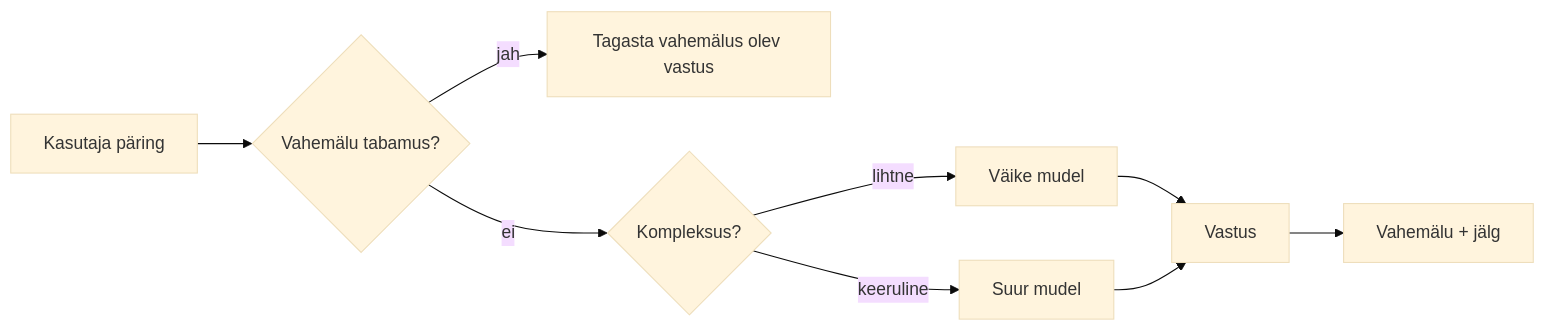
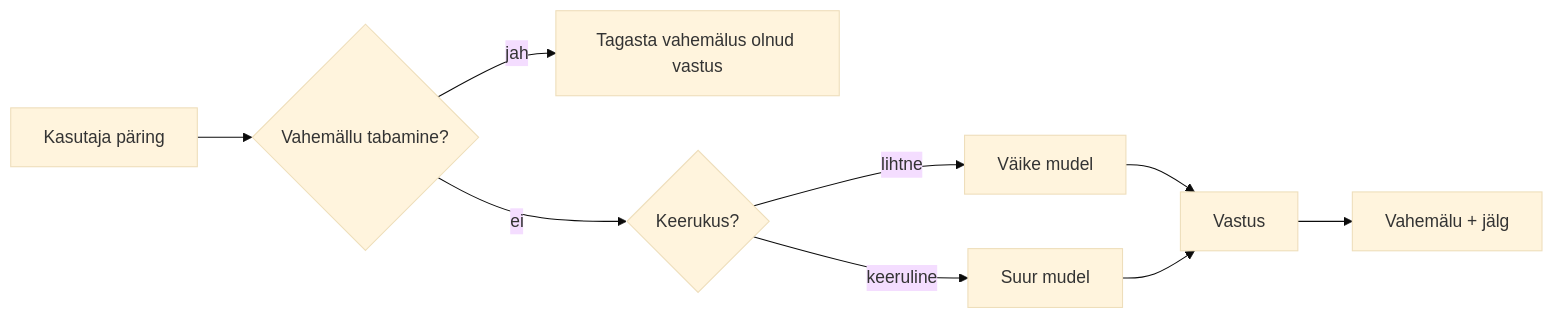
The third of 4 diagrams in translations/et/16-deploying-scalable-agents/README.md (microsoft/ai-agents-for-beginners), drawn with Mermaid (base theme) before and after one commit. The commit also changed other lines of this file and 46 other files, not shown here.

````diff
--- a/translations/et/16-deploying-scalable-agents/README.md
+++ b/translations/et/16-deploying-scalable-agents/README.md
@@ -134,11 +134,11 @@
 ```mermaid
 flowchart LR
-    Q[Kasutaja päring] --> C{Vahemälu tabamus?}
-    C -->|jah| R[Tagasta vahemälus olev vastus]
-    C -->|ei| Router{Kompleksus?}
+    Q[Kasutaja päring] --> C{Vahemällu tabamine?}
+    C -->|jah| R[Tagasta vahemälus olnud vastus]
+    C -->|ei| Router{Keerukus?}
     Router -->|lihtne| SLM[Väike mudel]
     Router -->|keeruline| LLM[Suur mudel]
     SLM --> Out[Vastus]
     LLM --> Out
     Out --> Store[Vahemälu + jälg]
 ```
````
